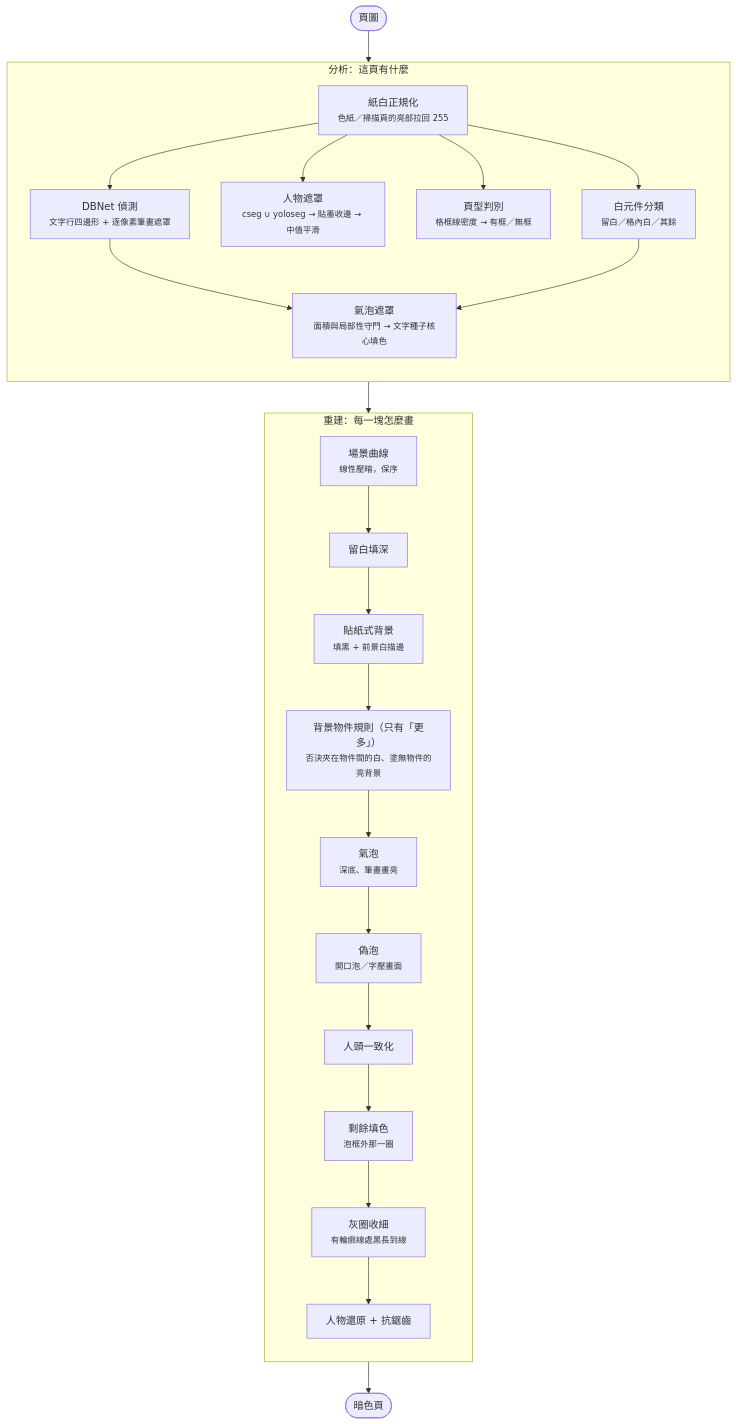
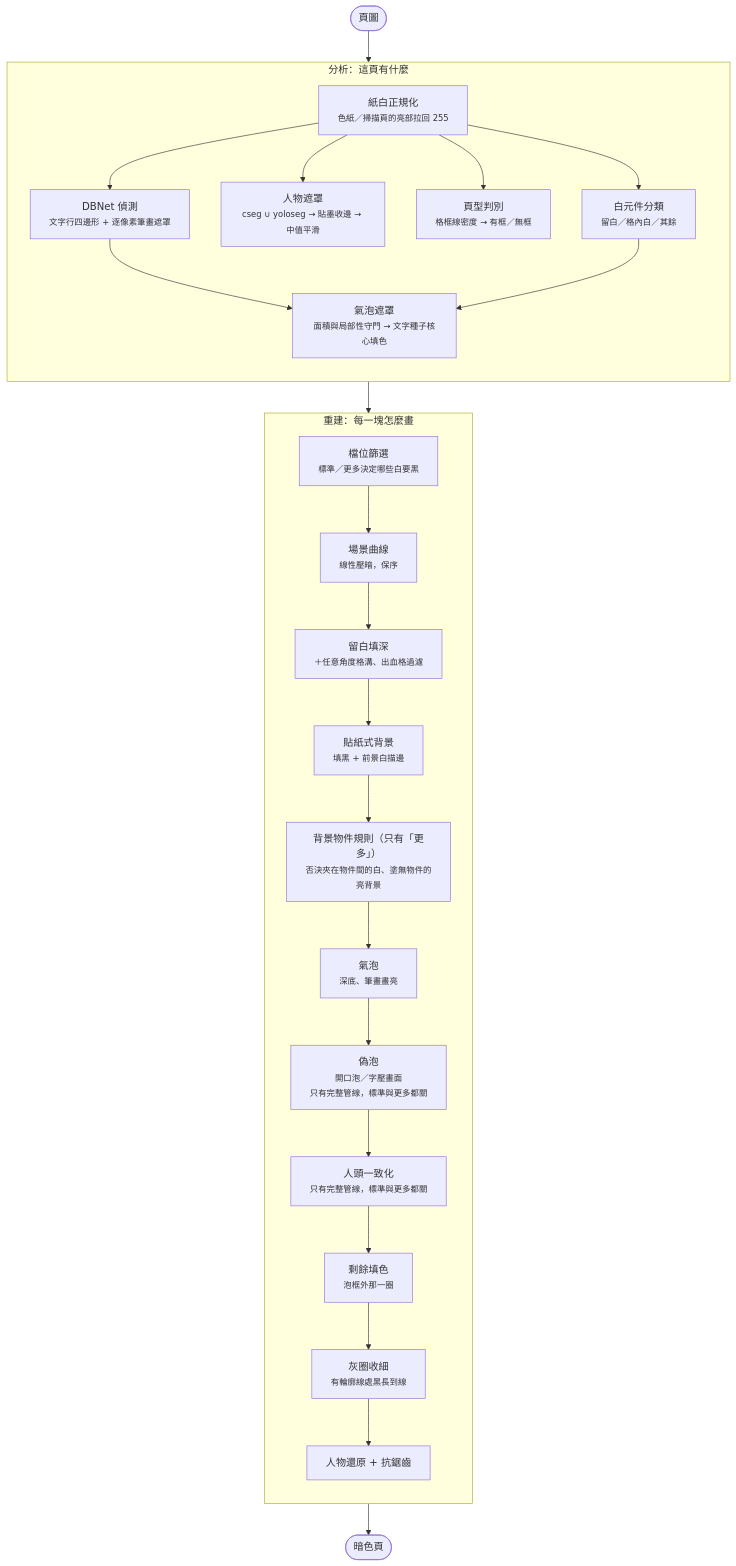
Before and after one commit to joyeli/yakuyomi-nightread: the first of 2 diagrams in docs/ARCHITECTURE_zh.md, drawn with Mermaid. The commit also changed other lines of this file and 25 other files, not shown here.

````diff
--- a/docs/ARCHITECTURE_zh.md
+++ b/docs/ARCHITECTURE_zh.md
@@ -32,30 +32,31 @@
 ```mermaid
 flowchart TB
     IN([頁圖]) --> P[紙白正規化<br/><small>色紙／掃描頁的亮部拉回 255</small>]
 
     subgraph ANA [分析：這頁有什麼]
         direction TB
         P --> DET[DBNet 偵測<br/><small>文字行四邊形 + 逐像素筆畫遮罩</small>]
         P --> CM[人物遮罩<br/><small>cseg ∪ yoloseg → 貼墨收邊 → 中值平滑</small>]
         P --> PT[頁型判別<br/><small>格框線密度 → 有框／無框</small>]
         P --> WC[白元件分類<br/><small>留白／格內白／其餘</small>]
         DET --> BUB[氣泡遮罩<br/><small>面積與局部性守門 → 文字種子核心填色</small>]
         WC --> BUB
     end
 
     subgraph SYN [重建：每一塊怎麼畫]
         direction TB
-        SC[場景曲線<br/><small>線性壓暗，保序</small>] --> GUT[留白填深]
+        FT[檔位篩選<br/><small>標準／更多決定哪些白要黑</small>] --> SC[場景曲線<br/><small>線性壓暗，保序</small>]
+        SC --> GUT[留白填深<br/><small>＋任意角度格溝、出血格過濾</small>]
         GUT --> STK[貼紙式背景<br/><small>填黑 + 前景白描邊</small>]
         STK --> OBJ[背景物件規則（只有「更多」）<br/><small>否決夾在物件間的白、塗無物件的亮背景</small>]
         OBJ --> BB[氣泡<br/><small>深底、筆畫畫亮</small>]
-        BB --> PB[偽泡<br/><small>開口泡／字壓畫面</small>]
-        PB --> HM[人頭一致化]
+        BB --> PB[偽泡<br/><small>開口泡／字壓畫面<br/>只有完整管線，標準與更多都關</small>]
+        PB --> HM[人頭一致化<br/><small>只有完整管線，標準與更多都關</small>]
         HM --> RST[剩餘填色<br/><small>泡框外那一圈</small>]
         RST --> RNG[灰圈收細<br/><small>有輪廓線處黑長到線</small>]
         RNG --> RES[人物還原 + 抗鋸齒]
     end
 
-    ANA --> SC
+    ANA --> FT
     RES --> OUT([暗色頁])
 ```
````
